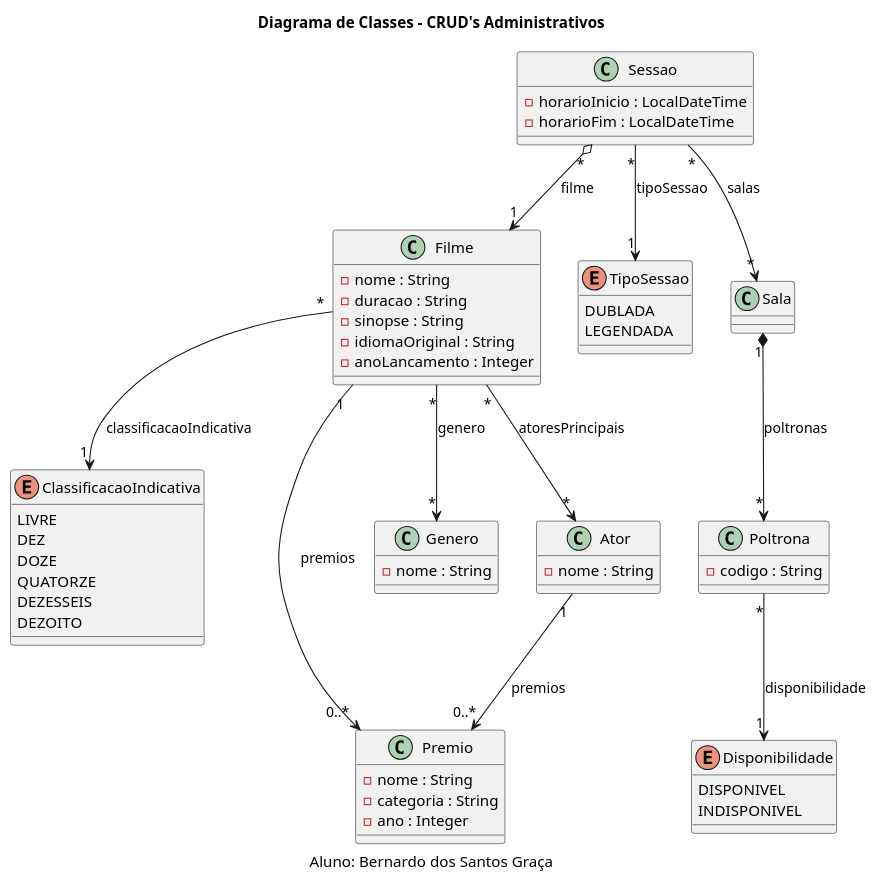
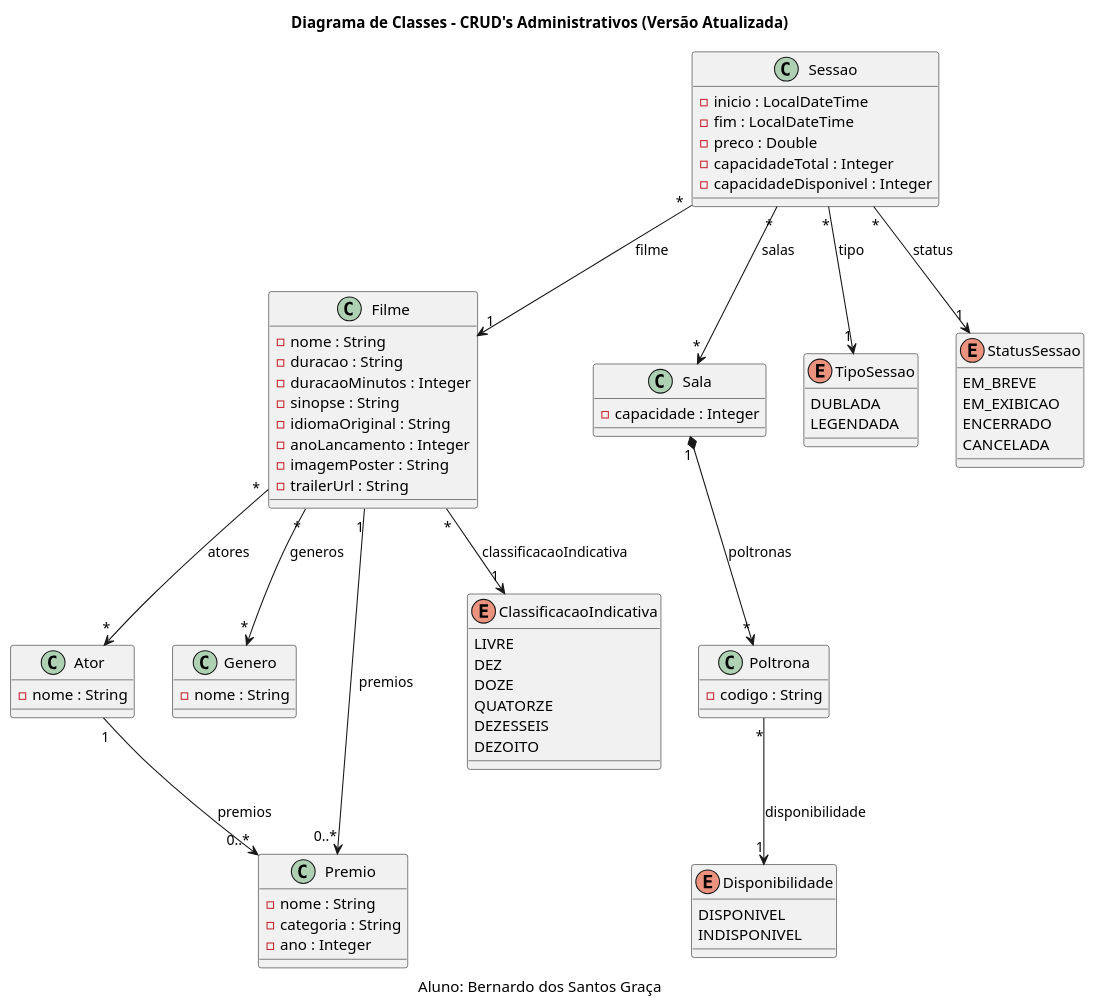
Before and after one commit to bernardoDSG/newsvi-tp1-api: the diagram in src/main/java/br/unitins/diagrams/classesProduto.puml, drawn with PlantUML. The commit also changed 4 other files, not shown here.

```diff
--- a/src/main/java/br/unitins/diagrams/classesProduto.puml
+++ b/src/main/java/br/unitins/diagrams/classesProduto.puml
@@ -1,81 +1,99 @@
 @startuml diagrama
-title Diagrama de Classes - CRUD's Administrativos
+title Diagrama de Classes - CRUD's Administrativos (Versão Atualizada)
 caption Aluno: Bernardo dos Santos Graça
 
 ' --------------------
 ' Classes principais
 ' --------------------
 
 class Filme {
     - nome : String
     - duracao : String
+    - duracaoMinutos : Integer
     - sinopse : String
     - idiomaOriginal : String 
     - anoLancamento : Integer
+    - imagemPoster : String
+    - trailerUrl : String
 }
+
+class Ator {
+    - nome : String
+}
+
+class Genero {
+    - nome : String
+}
+
+class Premio {
+    - nome : String
+    - categoria : String
+    - ano : Integer
+}
+
+class Sala {
+    - capacidade : Integer
+}
+
+class Poltrona {
+    - codigo : String
+}
+
+class Sessao {
+    - inicio : LocalDateTime
+    - fim : LocalDateTime
+    - preco : Double
+    - capacidadeTotal : Integer
+    - capacidadeDisponivel : Integer
+}
+
+' --------------------
+' Enums
+' --------------------
 
 enum Disponibilidade {
     DISPONIVEL
     INDISPONIVEL
 }
-
 
 enum TipoSessao {
     DUBLADA
     LEGENDADA
 }
 
 enum ClassificacaoIndicativa {
     LIVRE
     DEZ
     DOZE
     QUATORZE
     DEZESSEIS
     DEZOITO
 }
 
-class Premio {
-    - nome : String
-    - categoria : String
-    - ano : Integer
+enum StatusSessao {
+    EM_BREVE
+    EM_EXIBICAO
+    ENCERRADO
+    CANCELADA
 }
-
-class Genero {
-    - nome : String
-}
-
-
-class Ator {
-    - nome : String
-}
-
-
-
-class Sessao {
-    - horarioInicio : LocalDateTime
-    - horarioFim : LocalDateTime
-
-}
-
-class Sala {
-}
-
-class Poltrona {
-    - codigo : String
-}
-
 
 ' --------------------
 ' Relacionamentos
 ' --------------------
-Filme "*" --> "*" Ator : atoresPrincipais
-Filme "*" --> "*" Genero : genero
-Sessao "*" --> "1" TipoSessao : tipoSessao
+Filme "*" --> "*" Ator : atores
+Filme "*" --> "*" Genero : generos
+Filme "1" --> "0..*" Premio : premios
+Filme "*" --> "1" ClassificacaoIndicativa : classificacaoIndicativa
+
+Ator "1" --> "0..*" Premio : premios
+
+Sessao "*" --> "1" TipoSessao : tipo
+Sessao "*" --> "1" StatusSessao : status
+Sessao "*" --> "1" Filme : filme
 Sessao "*" --> "*" Sala : salas
+
 Sala "1" *--> "*" Poltrona : poltronas
-Sessao "*" o--> "1" Filme : filme
-Filme "*" --> "1" ClassificacaoIndicativa : classificacaoIndicativa
+
 Poltrona "*" --> "1" Disponibilidade : disponibilidade
-Ator"1" --> "0..*" Premio : premios
-Filme"1" --> "0..*" Premio : premios
+
 @enduml
```
